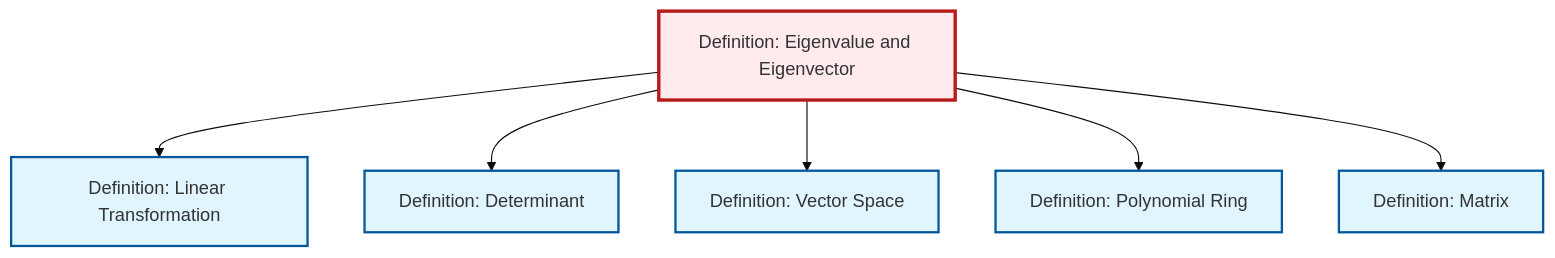
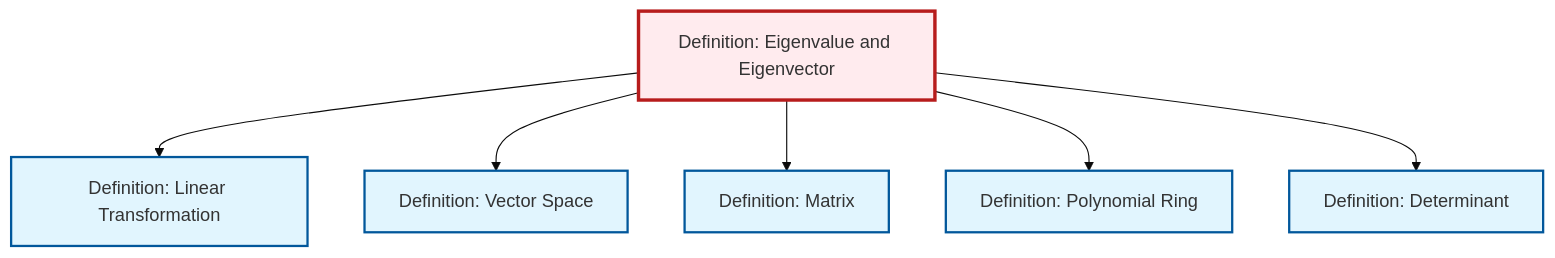
Before and after one commit to RK0429/ModernMath: the diagram in output/mermaid/def-eigenvalue-eigenvector.mermaid, drawn with Mermaid (base theme). The commit also changed other lines of this file and 654 other files, not shown here.

```diff
--- a/output/mermaid/def-eigenvalue-eigenvector.mermaid
+++ b/output/mermaid/def-eigenvalue-eigenvector.mermaid
@@ -1,19 +1,19 @@
 %%| fig-cap: "Local dependency graph"
 graph TD
     classDef definition fill:#e1f5fe,stroke:#01579b,stroke-width:2px
     classDef theorem fill:#f3e5f5,stroke:#4a148c,stroke-width:2px
     classDef axiom fill:#fff3e0,stroke:#e65100,stroke-width:2px
     classDef example fill:#e8f5e9,stroke:#1b5e20,stroke-width:2px
     classDef current fill:#ffebee,stroke:#b71c1c,stroke-width:3px
+    def-polynomial-ring["Definition: Polynomial Ring"]:::definition
+    def-determinant["Definition: Determinant"]:::definition
+    def-matrix["Definition: Matrix"]:::definition
     def-eigenvalue-eigenvector["Definition: Eigenvalue and Eigenvector"]:::definition
-    def-determinant["Definition: Determinant"]:::definition
     def-linear-transformation["Definition: Linear Transformation"]:::definition
-    def-matrix["Definition: Matrix"]:::definition
     def-vector-space["Definition: Vector Space"]:::definition
-    def-polynomial-ring["Definition: Polynomial Ring"]:::definition
     def-eigenvalue-eigenvector --> def-linear-transformation
+    def-eigenvalue-eigenvector --> def-vector-space
+    def-eigenvalue-eigenvector --> def-matrix
+    def-eigenvalue-eigenvector --> def-polynomial-ring
     def-eigenvalue-eigenvector --> def-determinant
-    def-eigenvalue-eigenvector --> def-vector-space
-    def-eigenvalue-eigenvector --> def-polynomial-ring
-    def-eigenvalue-eigenvector --> def-matrix
     class def-eigenvalue-eigenvector current
```
